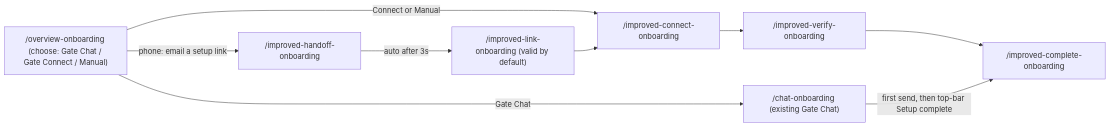
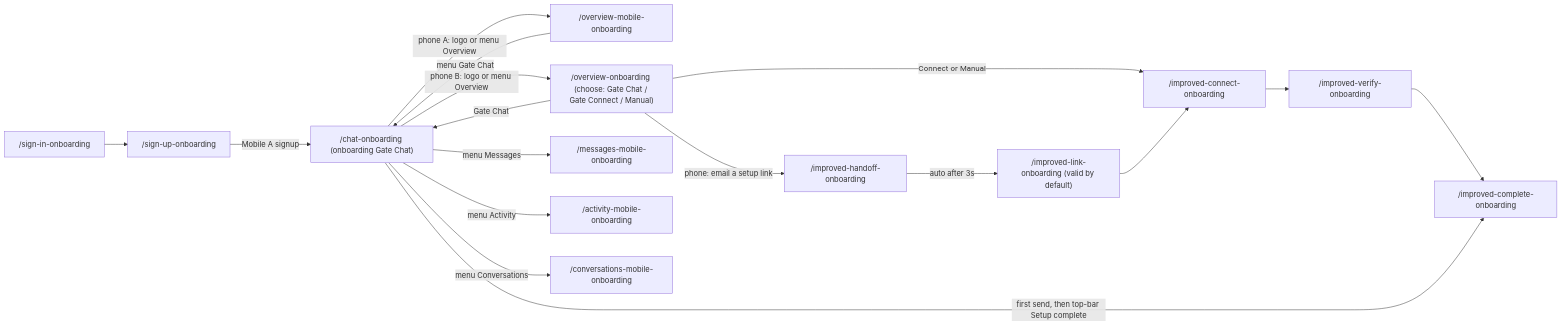
The third of 6 diagrams in data-model.md (Neoneue/gate-ai-build), drawn with Mermaid before and after one commit. The commit also changed other lines of this file and 32 other files, not shown here.

First line of the commit message:
feat(onboarding): phone demo chat, signup and mobile pages with demo traffic

````diff
--- a/data-model.md
+++ b/data-model.md
@@ -308,11 +499,19 @@
 ```mermaid
 graph LR
-    OVO["/overview-onboarding (choose: Gate Chat / Gate Connect / Manual)"] -->|Gate Chat| CHO["/chat-onboarding (existing Gate Chat)"]
+    SIO["/sign-in-onboarding"] --> SUO["/sign-up-onboarding"]
+    SUO -->|Mobile A signup| CHO
+    CHO -->|phone A: logo or menu Overview| MOO["/overview-mobile-onboarding"]
+    CHO -->|phone B: logo or menu Overview| OVO
+    MOO -->|menu Gate Chat| CHO
+    CHO -->|menu Messages| MMO["/messages-mobile-onboarding"]
+    CHO -->|menu Activity| MAO["/activity-mobile-onboarding"]
+    CHO -->|menu Conversations| MCO["/conversations-mobile-onboarding"]
+    OVO["/overview-onboarding (choose: Gate Chat / Gate Connect / Manual)"] -->|Gate Chat| CHO["/chat-onboarding (onboarding Gate Chat)"]
     OVO -->|Connect or Manual| ICO["/improved-connect-onboarding"]
     OVO -->|phone: email a setup link| IHO["/improved-handoff-onboarding"]
     IHO -->|auto after 3s| ILO["/improved-link-onboarding (valid by default)"]
     ILO --> ICO
     ICO --> IVO["/improved-verify-onboarding"]
     IVO --> IDO["/improved-complete-onboarding"]
     CHO -->|first send, then top-bar Setup complete| IDO
 ```
````
